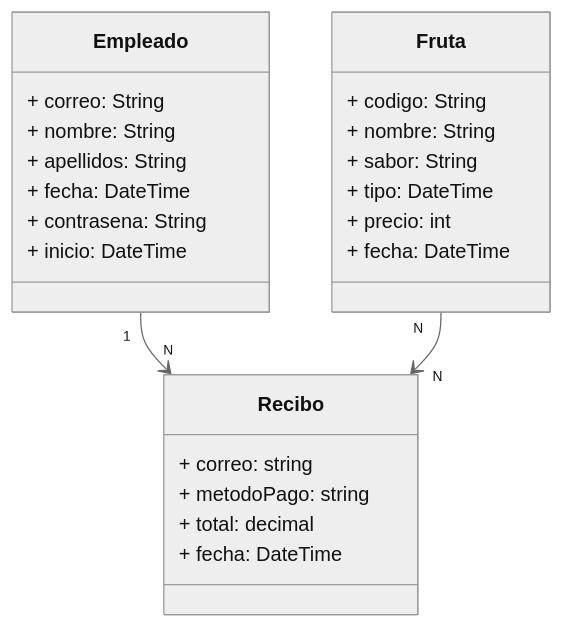
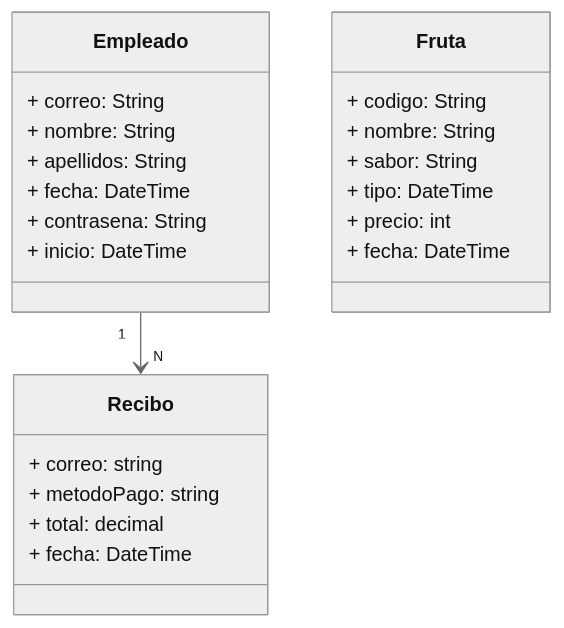
The diagram in README.md (LuciaMarchal/TPV_csharp), drawn with Mermaid (neutral theme) before and after one commit.

````diff
--- a/README.md
+++ b/README.md
@@ -19,30 +19,29 @@
 ```mermaid
 classDiagram
 	class Empleado {
 		+ correo: String
 		+ nombre: String
 		+ apellidos: String
 		+ fecha: DateTime
 		+ contrasena: String
 		+ inicio: DateTime
 	}
 
 	class Fruta {
 		+ codigo: String
 		+ nombre: String
 		+ sabor: String
 		+ tipo: DateTime
 		+ precio: int
 		+ fecha: DateTime
 	}
 	
 	class Recibo {
 	  + correo: string
     + metodoPago: string
     + total: decimal
     + fecha: DateTime
 	}
 
 	Empleado "1" --> "N" Recibo
-	Fruta "N" --> "N" Recibo
 ```
````
